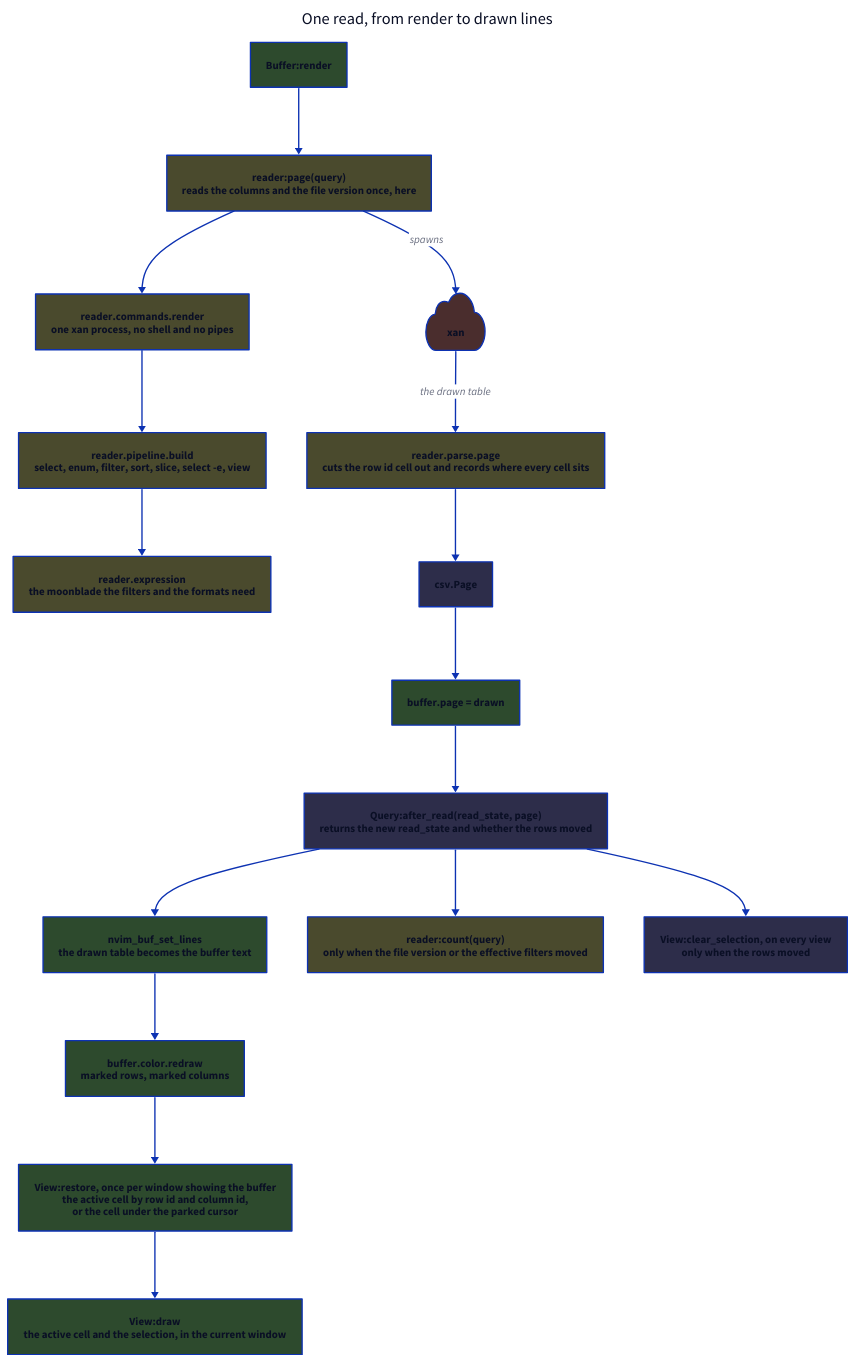
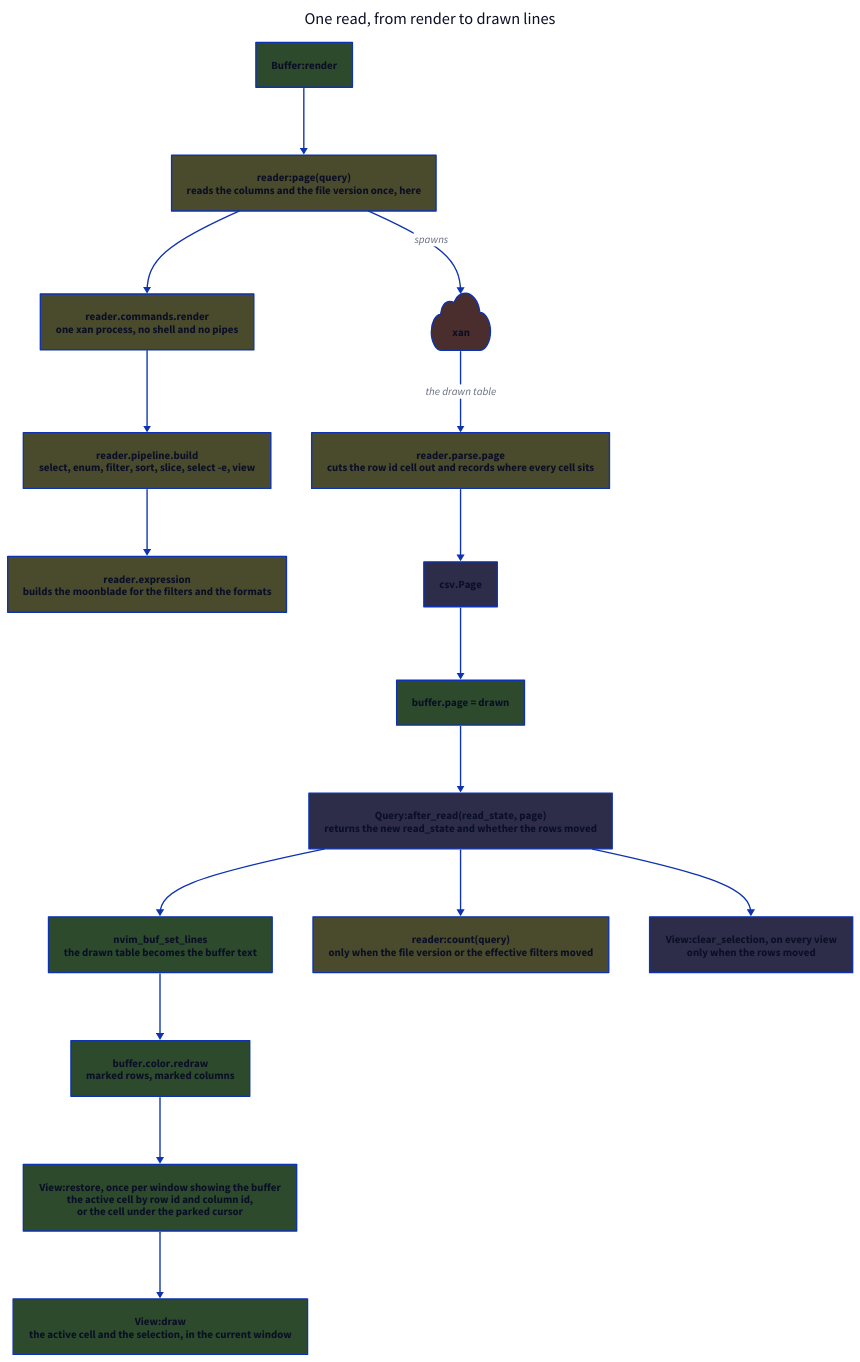
One commit to cseickel/csv-table.nvim changed the diagram in docs/04-read-path.d2. Above: the diagram before and after it, drawn with D2. The commit also changed 10 other files, not shown here.

First line of the commit message:
docs: reword diagram labels and document per-window state

```diff
--- a/docs/04-read-path.d2
+++ b/docs/04-read-path.d2
@@ -1,55 +1,55 @@
 direction: down
 
 title: One read, from render to drawn lines {
   near: top-center
   shape: text
   style.font-size: 24
 }
 
 classes: {
   data: {style.fill: "#2d2d4a"}
   run: {style.fill: "#4a4a2d"}
   draw: {style.fill: "#2d4a2d"}
   external: {style.fill: "#4a2d2d"}
 }
 
 render: "Buffer:render" {class: draw}
 
 page_call: "reader:page(query)\nreads the columns and the file version once, here" {class: run}
 commands: "reader.commands.render\none xan process, no shell and no pipes" {class: run}
 pipeline: "reader.pipeline.build\nselect, enum, filter, sort, slice, select -e, view" {class: run}
-expression: "reader.expression\nthe moonblade the filters and the formats need" {class: run}
+expression: "reader.expression\nbuilds the moonblade for the filters and the formats" {class: run}
 
 xan: xan {
   class: external
   shape: cloud
 }
 
 parse: "reader.parse.page\ncuts the row id cell out and records where every cell sits" {class: run}
 csvpage: "csv.Page" {class: data}
 
 store: "buffer.page = drawn" {class: draw}
 after: "Query:after_read(read_state, page)\nreturns the new read_state and whether the rows moved" {class: data}
 lines: "nvim_buf_set_lines\nthe drawn table becomes the buffer text" {class: draw}
 color: "buffer.color.redraw\nmarked rows, marked columns" {class: draw}
 restore: "View:restore, once per window showing the buffer\nthe active cell by row id and column id,\nor the cell under the parked cursor" {class: draw}
 draw: "View:draw\nthe active cell and the selection, in the current window" {class: draw}
 
 count: "reader:count(query)\nonly when the file version or the effective filters moved" {class: run}
 selection: "View:clear_selection, on every view\nonly when the rows moved" {class: data}
 
 render -> page_call
 page_call -> commands
 commands -> pipeline
 pipeline -> expression
 page_call -> xan: spawns
 xan -> parse: the drawn table
 parse -> csvpage
 csvpage -> store
 store -> after
 after -> count
 after -> selection
 after -> lines
 lines -> color
 color -> restore
 restore -> draw
```
